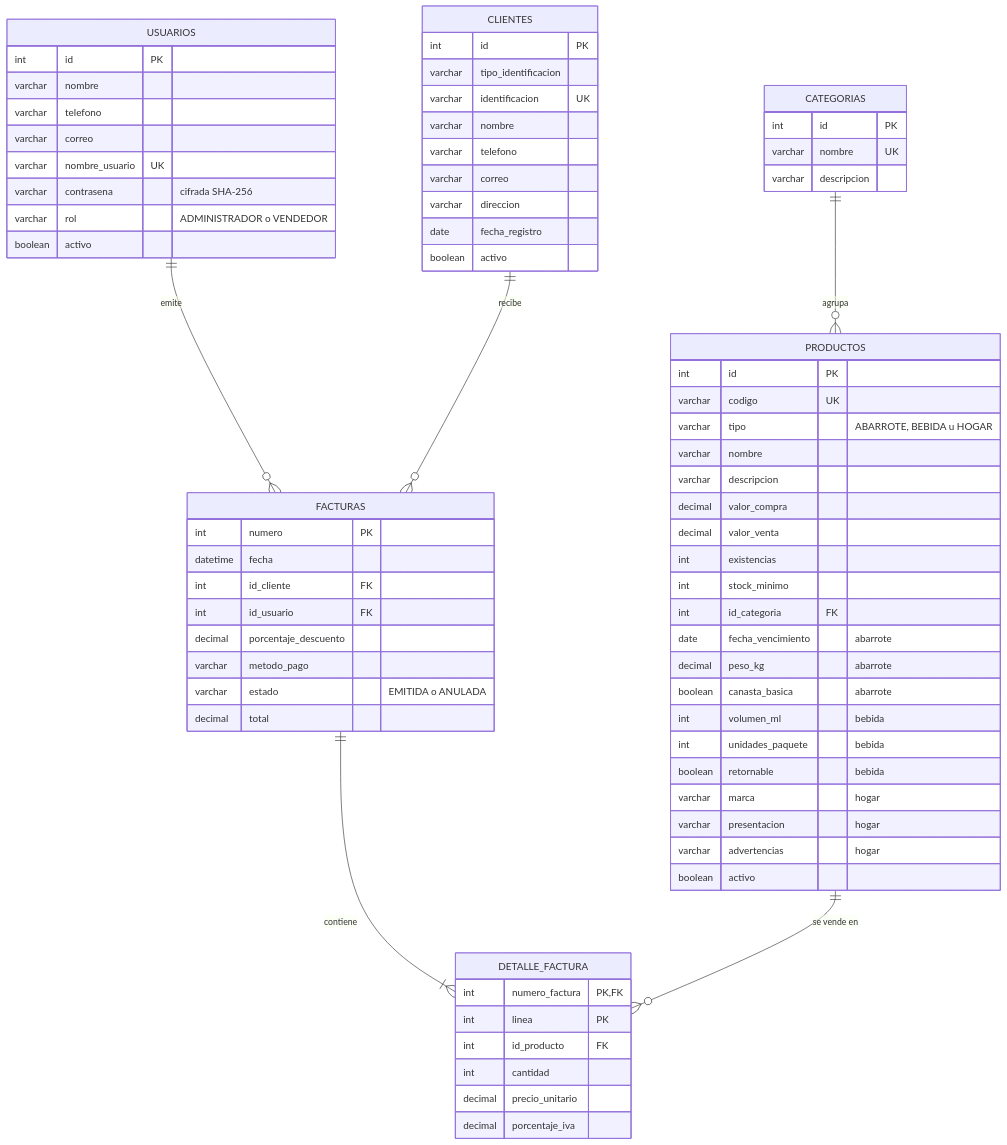
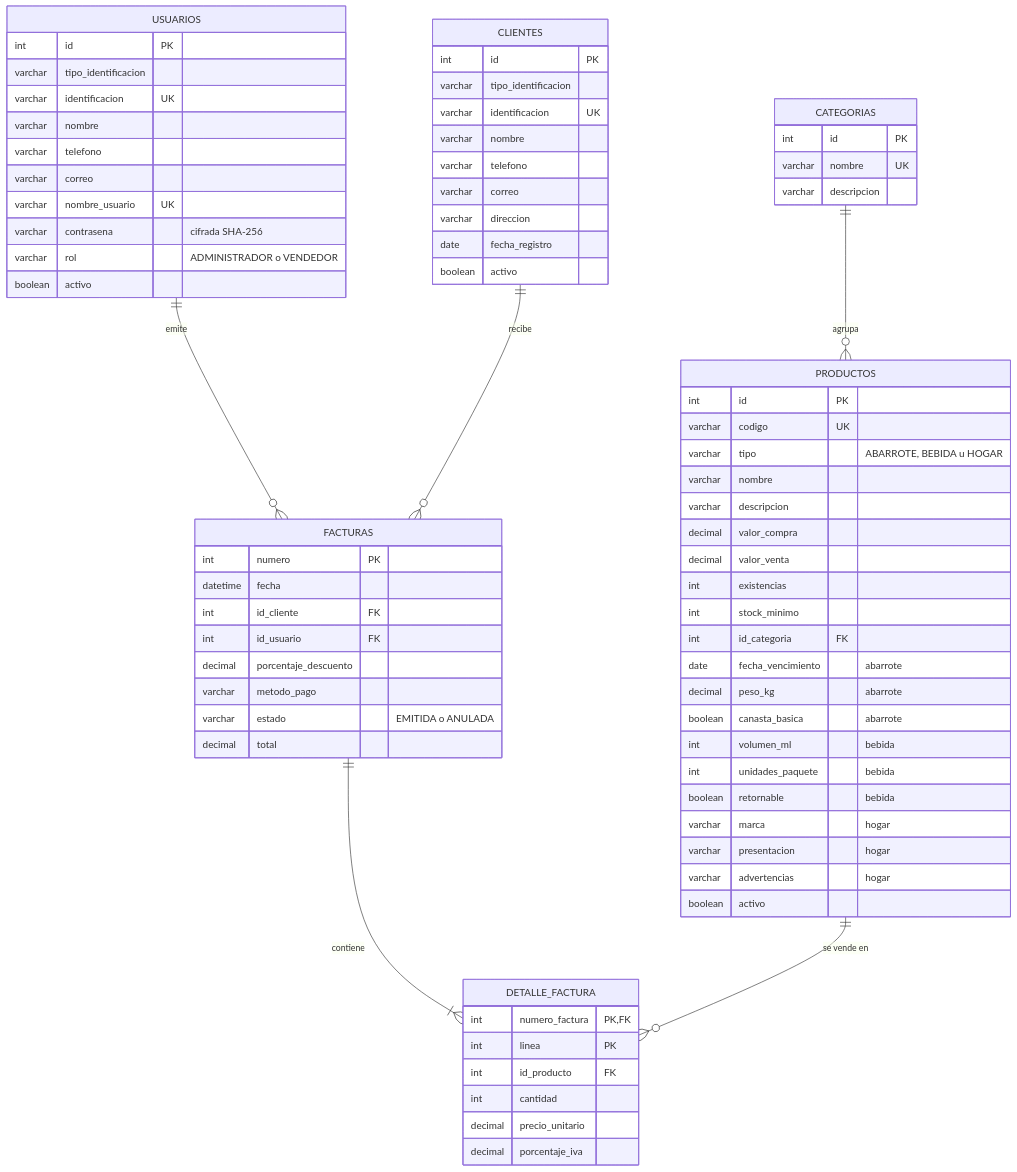
One commit to luisamri91/Avance1 changed the diagram in docs/diagramas/06_modelo_bd.mmd. Above: the diagram before and after it, drawn with Mermaid. The commit also changed 35 other files, not shown here.

```diff
--- a/docs/diagramas/06_modelo_bd.mmd
+++ b/docs/diagramas/06_modelo_bd.mmd
@@ -1,73 +1,75 @@
 erDiagram
     USUARIOS ||--o{ FACTURAS : emite
     CLIENTES ||--o{ FACTURAS : recibe
     CATEGORIAS ||--o{ PRODUCTOS : agrupa
     FACTURAS ||--|{ DETALLE_FACTURA : contiene
     PRODUCTOS ||--o{ DETALLE_FACTURA : "se vende en"
 
     USUARIOS {
         int id PK
+        varchar tipo_identificacion
+        varchar identificacion UK
         varchar nombre
         varchar telefono
         varchar correo
         varchar nombre_usuario UK
         varchar contrasena "cifrada SHA-256"
         varchar rol "ADMINISTRADOR o VENDEDOR"
         boolean activo
     }
     CLIENTES {
         int id PK
         varchar tipo_identificacion
         varchar identificacion UK
         varchar nombre
         varchar telefono
         varchar correo
         varchar direccion
         date fecha_registro
         boolean activo
     }
     CATEGORIAS {
         int id PK
         varchar nombre UK
         varchar descripcion
     }
     PRODUCTOS {
         int id PK
         varchar codigo UK
         varchar tipo "ABARROTE, BEBIDA u HOGAR"
         varchar nombre
         varchar descripcion
         decimal valor_compra
         decimal valor_venta
         int existencias
         int stock_minimo
         int id_categoria FK
         date fecha_vencimiento "abarrote"
         decimal peso_kg "abarrote"
         boolean canasta_basica "abarrote"
         int volumen_ml "bebida"
         int unidades_paquete "bebida"
         boolean retornable "bebida"
         varchar marca "hogar"
         varchar presentacion "hogar"
         varchar advertencias "hogar"
         boolean activo
     }
     FACTURAS {
         int numero PK
         datetime fecha
         int id_cliente FK
         int id_usuario FK
         decimal porcentaje_descuento
         varchar metodo_pago
         varchar estado "EMITIDA o ANULADA"
         decimal total
     }
     DETALLE_FACTURA {
         int numero_factura PK,FK
         int linea PK
         int id_producto FK
         int cantidad
         decimal precio_unitario
         decimal porcentaje_iva
     }
```
